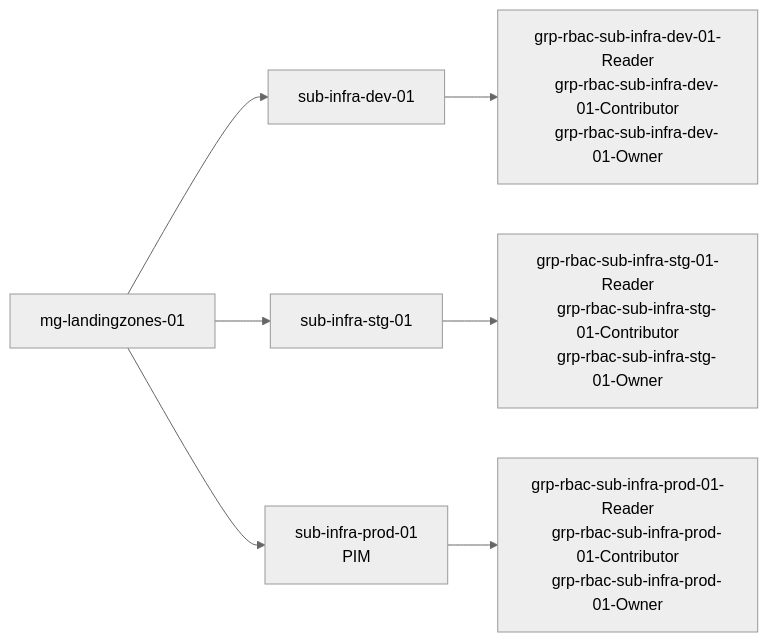
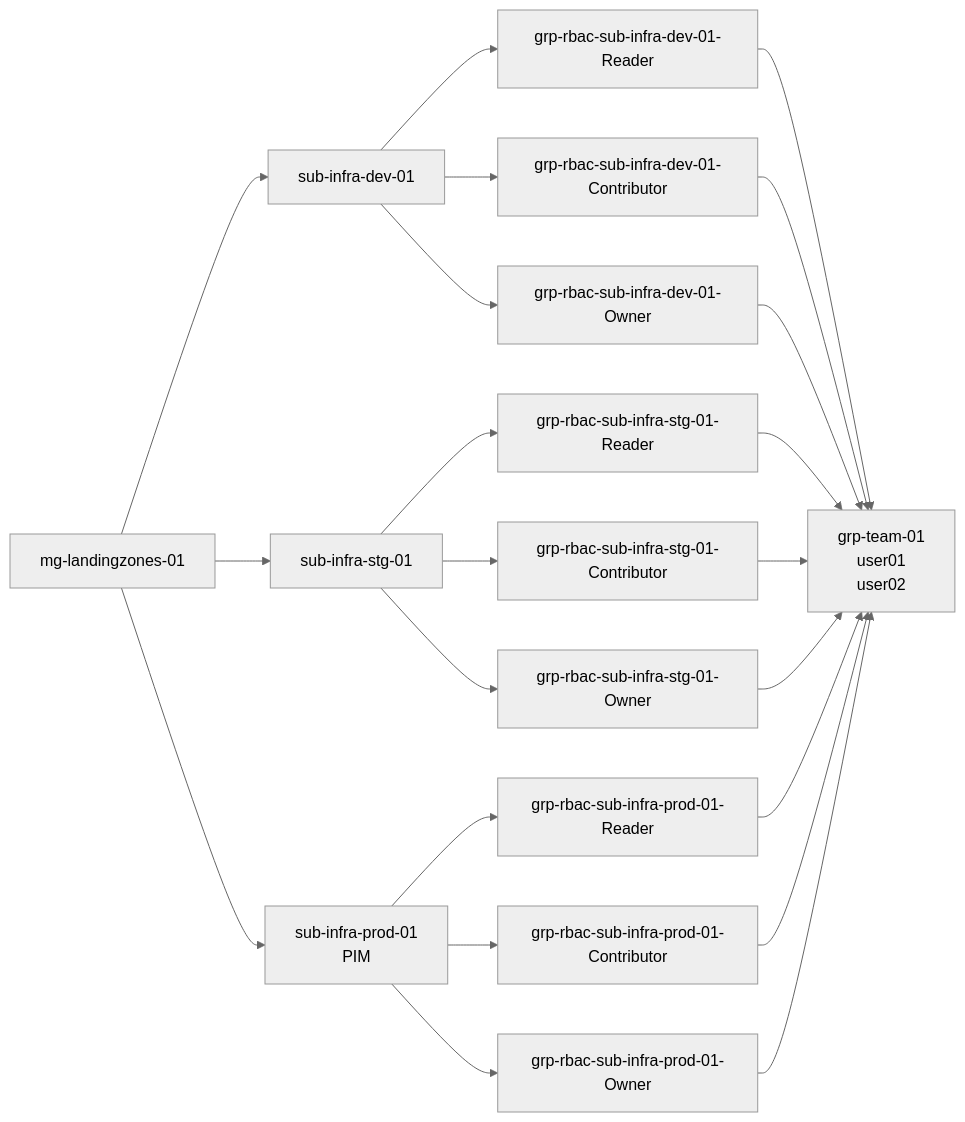
Before and after one commit to petitess/markdown: the diagram in mermaid02.md, drawn with Mermaid (neutral theme). The commit also changed other lines of this file, not shown here.

Commit message:
graph LR

````diff
--- a/mermaid02.md
+++ b/mermaid02.md
@@ -1,21 +1,36 @@
 ```mermaid
 graph LR
 A[mg-landingzones-01]
 A -->B[sub-infra-dev-01]
 A -->C[sub-infra-stg-01]
 A -->D["sub-infra-prod-01
 PIM"]
 
-B --> F["grp-rbac-sub-infra-dev-01-Reader
-    grp-rbac-sub-infra-dev-01-Contributor
-    grp-rbac-sub-infra-dev-01-Owner"]
+B --> F[grp-rbac-sub-infra-dev-01-Reader]
+B --> G[grp-rbac-sub-infra-dev-01-Contributor]
+B --> H[grp-rbac-sub-infra-dev-01-Owner]
 
-C --> G["grp-rbac-sub-infra-stg-01-Reader
-    grp-rbac-sub-infra-stg-01-Contributor
-    grp-rbac-sub-infra-stg-01-Owner"]
+C --> I[grp-rbac-sub-infra-stg-01-Reader]
+C --> J[grp-rbac-sub-infra-stg-01-Contributor]
+C --> K[grp-rbac-sub-infra-stg-01-Owner]
 
-D --> H["grp-rbac-sub-infra-prod-01-Reader
-    grp-rbac-sub-infra-prod-01-Contributor
-    grp-rbac-sub-infra-prod-01-Owner"]
-   
+D --> L[grp-rbac-sub-infra-prod-01-Reader]
+D --> M[grp-rbac-sub-infra-prod-01-Contributor]
+D --> N[grp-rbac-sub-infra-prod-01-Owner]
+
+O["grp-team-01
+user01
+user02"]
+
+F --> O
+G --> O
+H --> O
+
+I --> O
+J --> O
+K --> O
+
+L --> O
+M --> O
+N --> O
 ```
````
